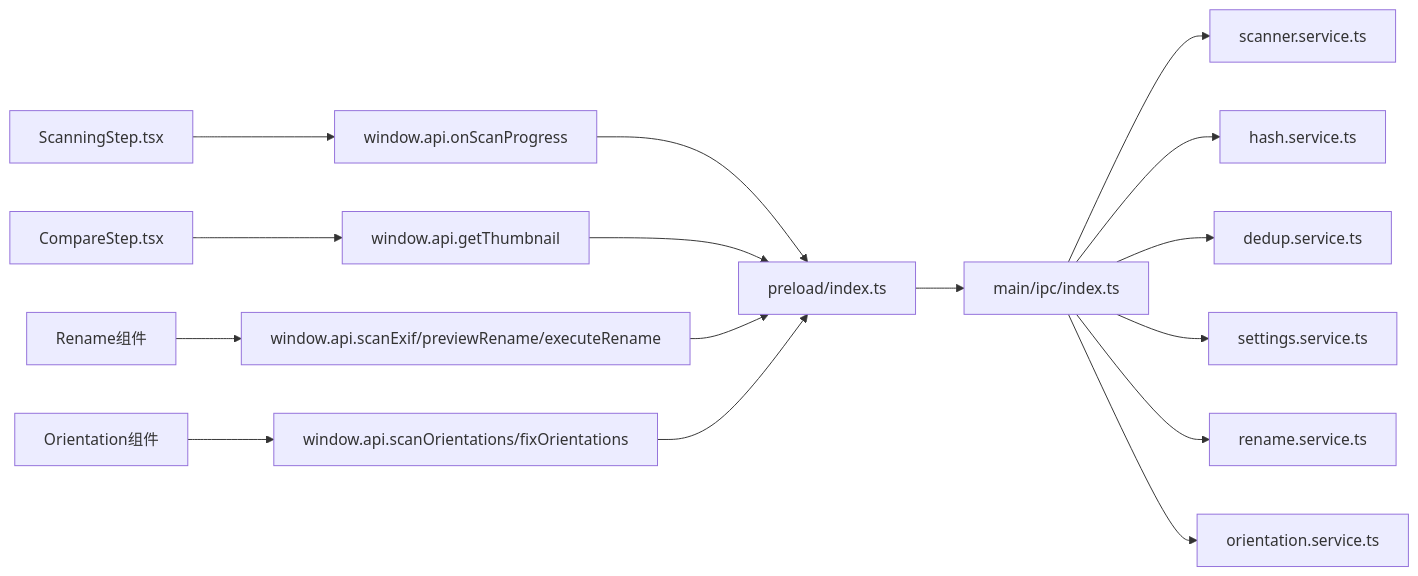
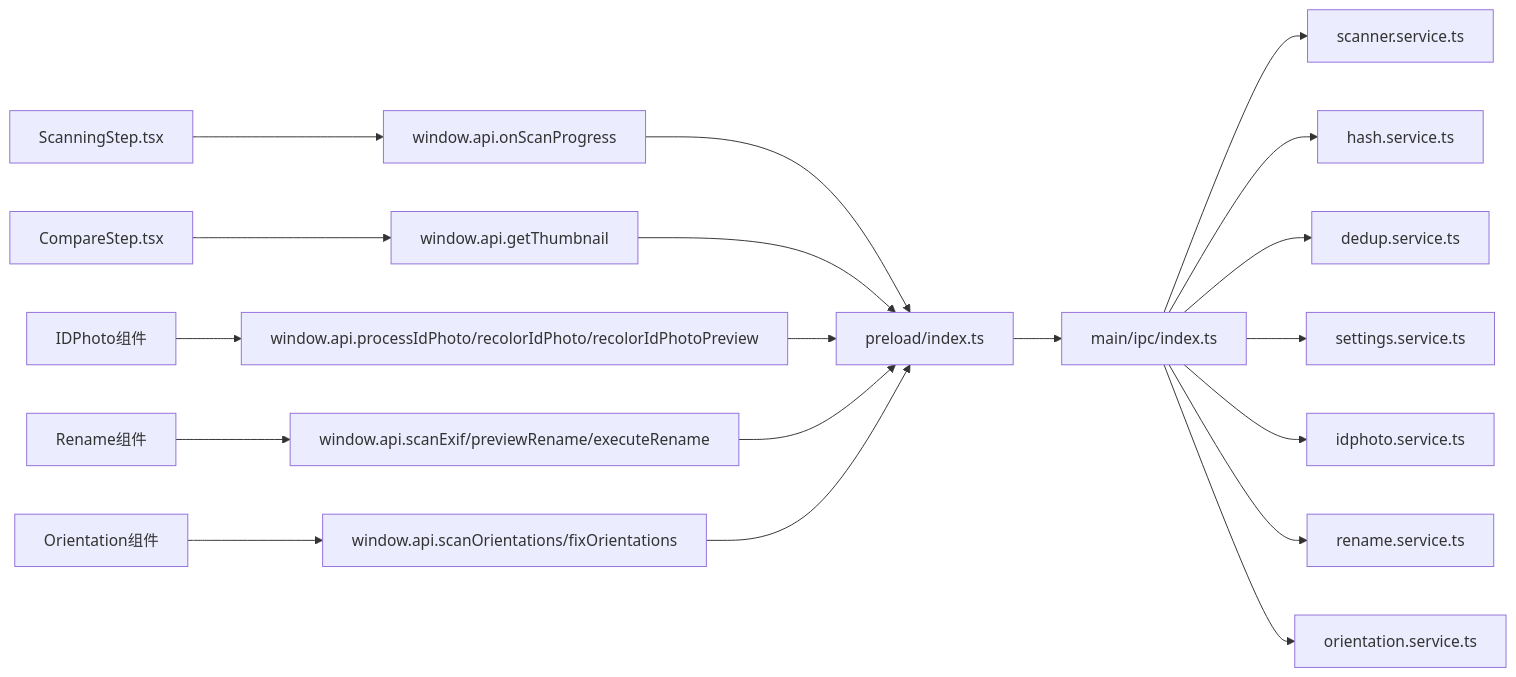
Diagram 11 of 11 in .qoder/repowiki/zh/content/IPC通信层/IPC通信层.md (remgasuki/ReDoPhoto), drawn with Mermaid before and after one commit. The commit also changed other lines of this file and 31 other files, not shown here.

Commit message:
v2.2.0: 证件照功能全面升级 - AI抠图/海量模板/美颜/压缩/排版

````diff
--- a/.qoder/repowiki/zh/content/IPC通信层/IPC通信层.md
+++ b/.qoder/repowiki/zh/content/IPC通信层/IPC通信层.md
@@ -409,18 +457,21 @@
 ```mermaid
 graph LR
 R1["ScanningStep.tsx"] --> A1["window.api.onScanProgress"]
 R2["CompareStep.tsx"] --> A2["window.api.getThumbnail"]
-R3["Rename组件"] --> A3["window.api.scanExif/previewRename/executeRename"]
-R4["Orientation组件"] --> A4["window.api.scanOrientations/fixOrientations"]
+R3["IDPhoto组件"] --> A3["window.api.processIdPhoto/recolorIdPhoto/recolorIdPhotoPreview"]
+R4["Rename组件"] --> A4["window.api.scanExif/previewRename/executeRename"]
+R5["Orientation组件"] --> A5["window.api.scanOrientations/fixOrientations"]
 A1 --> P1["preload/index.ts"]
 A2 --> P1
 A3 --> P1
 A4 --> P1
+A5 --> P1
 P1 --> M1["main/ipc/index.ts"]
 M1 --> S1["scanner.service.ts"]
 M1 --> S2["hash.service.ts"]
 M1 --> S3["dedup.service.ts"]
 M1 --> S4["settings.service.ts"]
-M1 --> S5["rename.service.ts"]
-M1 --> S6["orientation.service.ts"]
+M1 --> S5["idphoto.service.ts"]
+M1 --> S6["rename.service.ts"]
+M1 --> S7["orientation.service.ts"]
 ```
````
